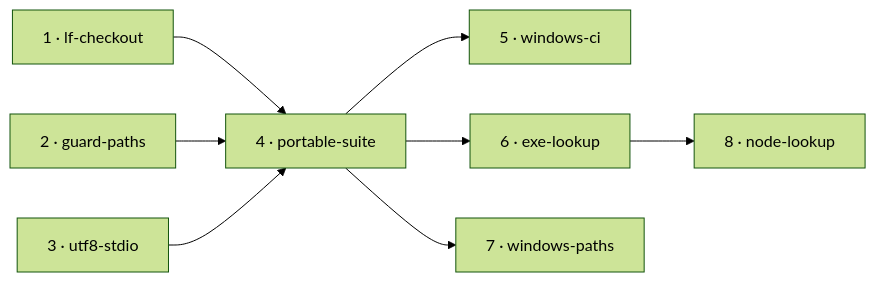
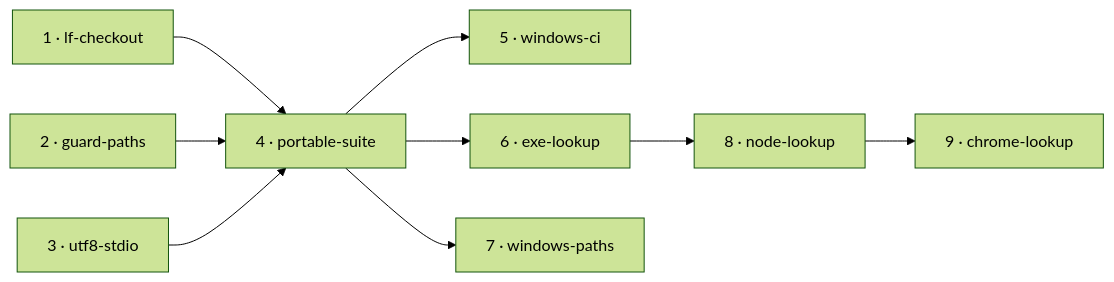
One commit to dzaffren/claude-plugin changed the second of 2 diagrams in docs/specs/os-agnostic-suite/shape.md. Above: the diagram before and after it, drawn with Mermaid (forest theme). The commit also changed other lines of this file and 9 other files, not shown here.

````diff
--- a/docs/specs/os-agnostic-suite/shape.md
+++ b/docs/specs/os-agnostic-suite/shape.md
@@ -36,10 +36,11 @@
 ```mermaid
 flowchart LR
     S1["1 · lf-checkout"] --> S4["4 · portable-suite"]
     S2["2 · guard-paths"] --> S4
     S3["3 · utf8-stdio"] --> S4
     S4 --> S5["5 · windows-ci"]
     S4 --> S6["6 · exe-lookup"]
     S4 --> S7["7 · windows-paths"]
     S6 --> S8["8 · node-lookup"]
+    S8 --> S9["9 · chrome-lookup"]
 ```
````
